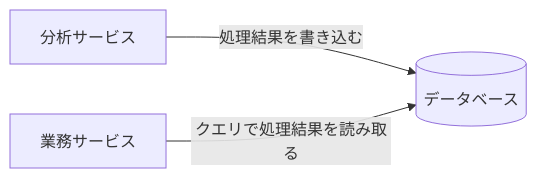
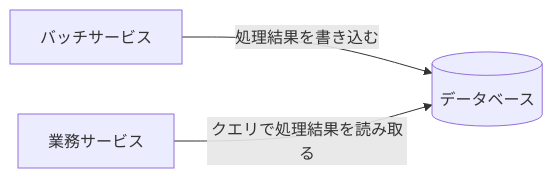
Before and after one commit to hiroki-it/tech-notebook: the first of 2 diagrams in docs/software/software_application_communication_style_sharing_data.md, drawn with Mermaid. The commit also changed other lines of this file, not shown here.

Commit message:
ノートの内容を更新した

````diff
--- a/docs/software/software_application_communication_style_sharing_data.md
+++ b/docs/software/software_application_communication_style_sharing_data.md
@@ -25,9 +25,9 @@
 ```mermaid
 flowchart LR
-  analysis["分析サービス"]
+  batch["バッチサービス"]
   database[(データベース)]
   business["業務サービス"]
 
-  analysis -->|処理結果を書き込む| database
+  batch -->|処理結果を書き込む| database
   business -->|クエリで処理結果を読み取る| database
 ```
````
